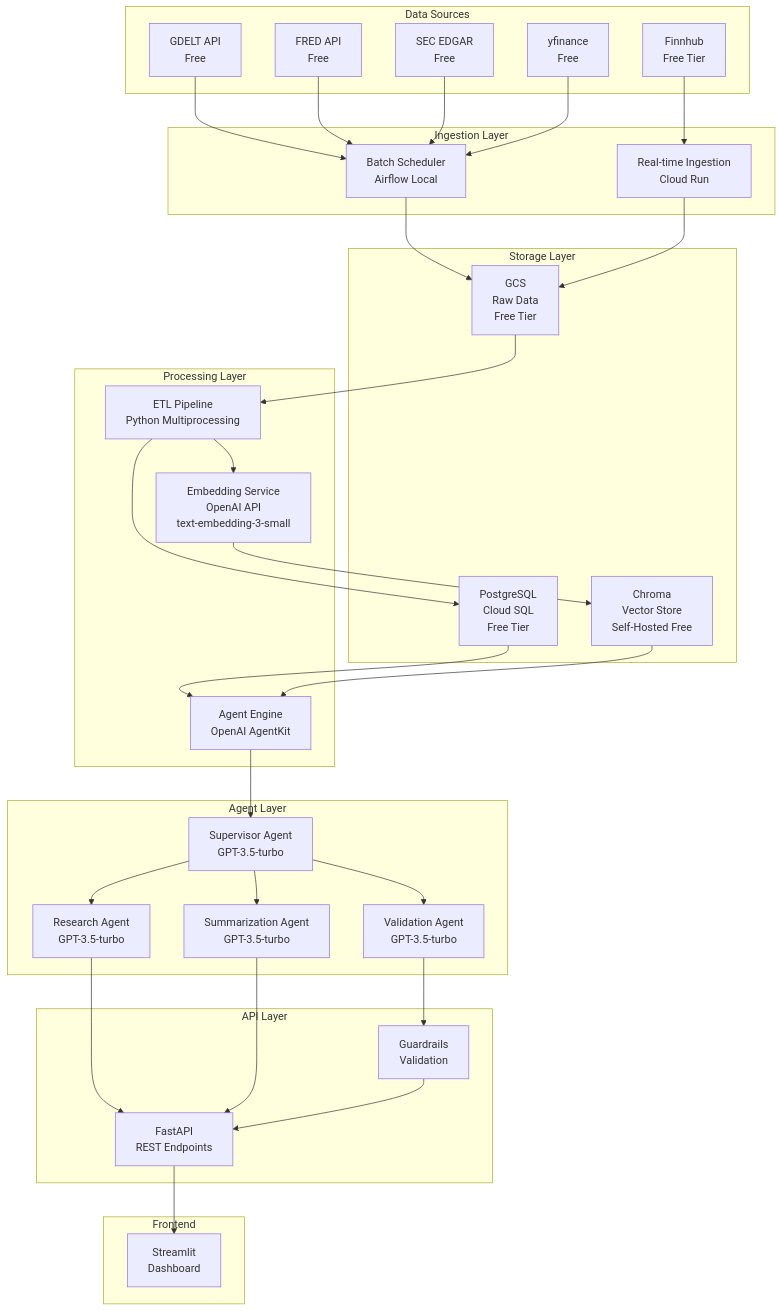
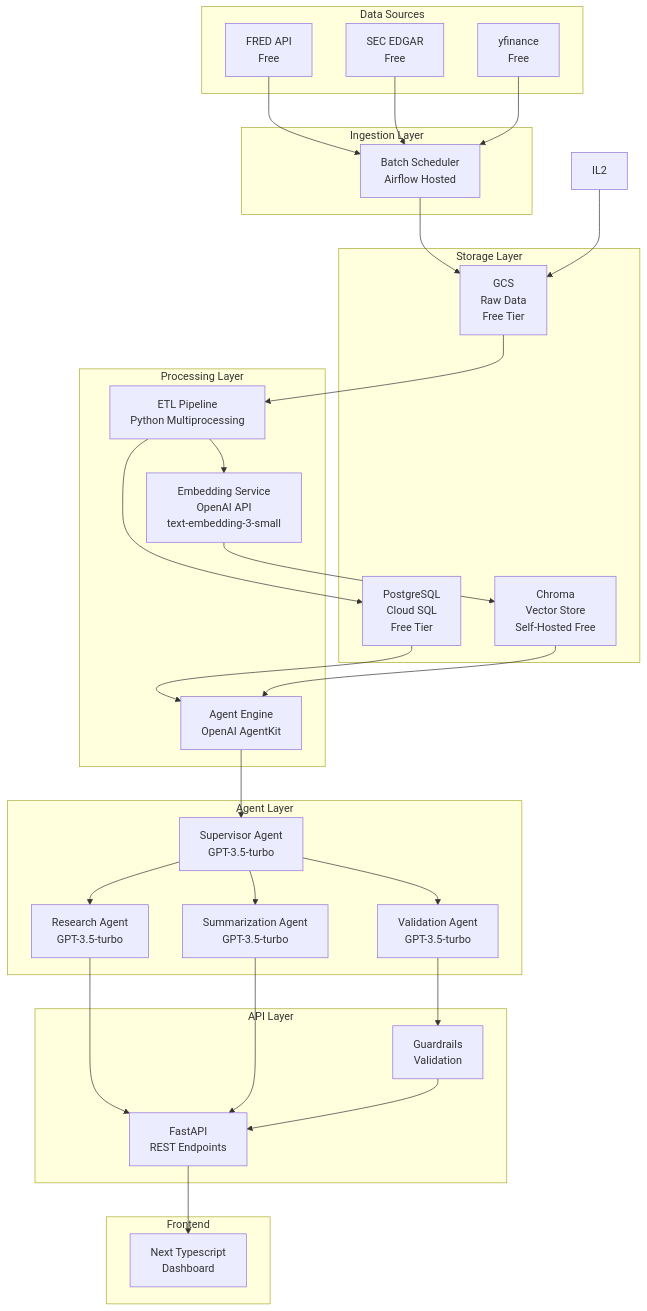
One commit to Big-Data-Team-3/project-meridian changed the first of 2 diagrams in Project_Proposal.md. Above: the diagram before and after it, drawn with Mermaid. The commit also changed other lines of this file, not shown here.

````diff
--- a/Project_Proposal.md
+++ b/Project_Proposal.md
@@ -190,71 +180,66 @@
 ```mermaid
 graph TB
     subgraph "Data Sources"
-        DS1[GDELT API<br/>Free]
         DS2[FRED API<br/>Free]
         DS3[SEC EDGAR<br/>Free]
-        DS4[Finnhub<br/>Free Tier]
         DS5[yfinance<br/>Free]
     end
     
     subgraph "Ingestion Layer"
-        IL1[Batch Scheduler<br/>Airflow Local]
-        IL2[Real-time Ingestion<br/>Cloud Run]
+        IL1[Batch Scheduler<br/>Airflow Hosted]
     end
     
     subgraph "Storage Layer"
         GCS[GCS<br/>Raw Data<br/>Free Tier]
         DB[PostgreSQL<br/>Cloud SQL<br/>Free Tier]
         VDB[Chroma<br/>Vector Store<br/>Self-Hosted Free]
     end
     
     subgraph "Processing Layer"
         ETL[ETL Pipeline<br/>Python Multiprocessing]
         EMB[Embedding Service<br/>OpenAI API<br/>text-embedding-3-small]
         AGT[Agent Engine<br/>OpenAI AgentKit]
     end
     
     subgraph "Agent Layer"
         SUP[Supervisor Agent<br/>GPT-3.5-turbo]
         RAG[Research Agent<br/>GPT-3.5-turbo]
         SUM[Summarization Agent<br/>GPT-3.5-turbo]
         VAL[Validation Agent<br/>GPT-3.5-turbo]
     end
     
     subgraph "API Layer"
         API[FastAPI<br/>REST Endpoints]
         GRD[Guardrails<br/>Validation]
     end
     
     subgraph "Frontend"
-        UI[Streamlit<br/>Dashboard]
+        UI[Next Typescript<br/>Dashboard]
     end
     
-    DS1 --> IL1
     DS2 --> IL1
     DS3 --> IL1
-    DS4 --> IL2
     DS5 --> IL1
     
     IL1 --> GCS
     IL2 --> GCS
     
     GCS --> ETL
     ETL --> DB
     ETL --> EMB
     EMB --> VDB
     
     DB --> AGT
     VDB --> AGT
     
     AGT --> SUP
     SUP --> RAG
     SUP --> SUM
     SUP --> VAL
     
     RAG --> API
     SUM --> API
     VAL --> GRD
     GRD --> API
     API --> UI
 ```
````
